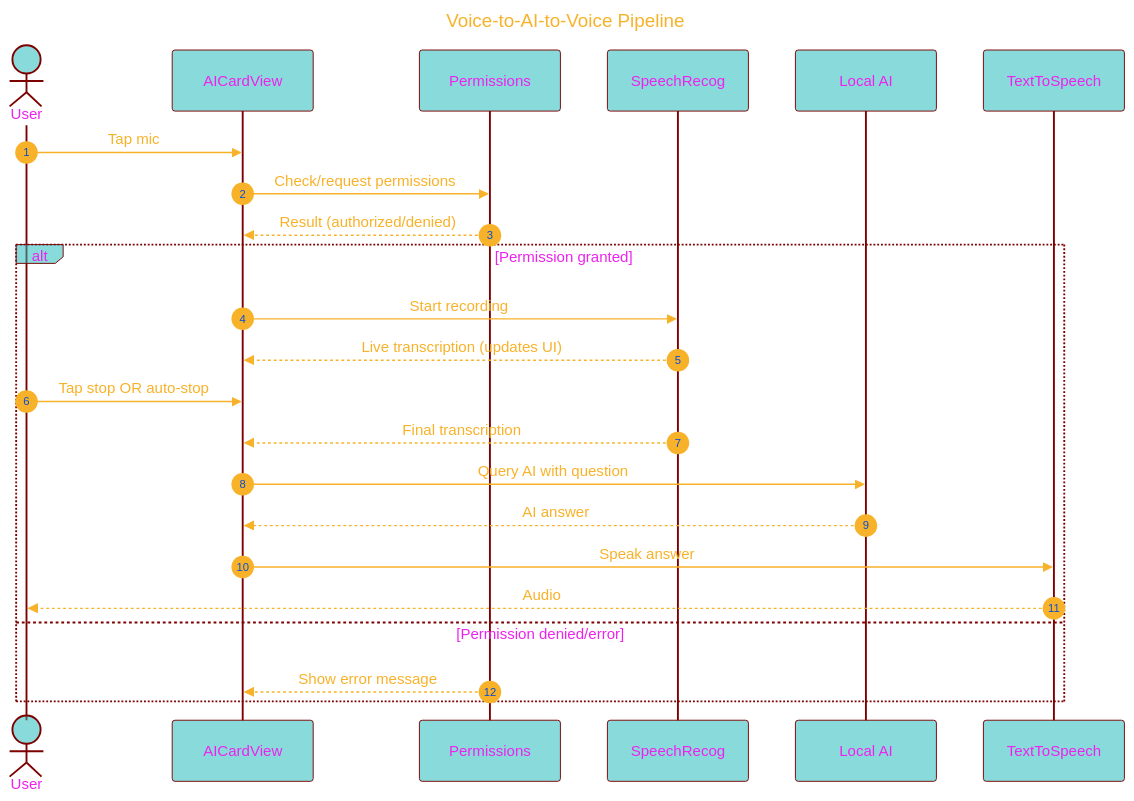
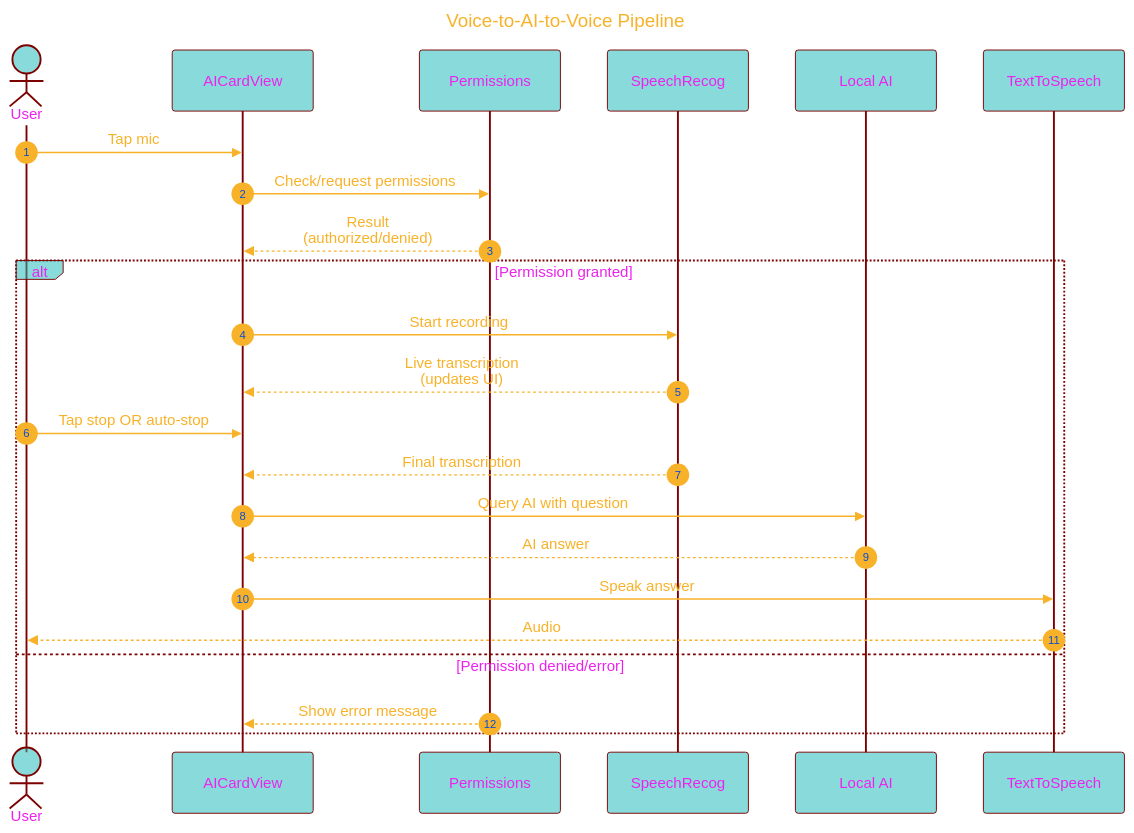
Before and after one commit to CongLeSolutionX/Ask-a-Le: the third of 12 diagrams in Ask a Le/ChatWithLocalBot_V5/DOCUMENTATION_Draft.md, drawn with Mermaid.

Commit message:
update notes

````diff
--- a/Ask a Le/ChatWithLocalBot_V5/DOCUMENTATION_Draft.md
+++ b/Ask a Le/ChatWithLocalBot_V5/DOCUMENTATION_Draft.md
@@ -176,55 +176,55 @@
 ```mermaid
 ---
 title: "Voice-to-AI-to-Voice Pipeline"
 author: "Cong Le"
 version: "0.1"
 license(s): "MIT, CC BY 4.0"
 copyright: "Copyright (c) 2025 Cong Le. All Rights Reserved."
 config:
   layout: elk
   theme: base
 ---
 %%%%%%%% Mermaid version v11.4.1-b.14
 %%{
   init: {
     'sequence': { 'mirrorActors': true, 'showSequenceNumbers': true, 'actorMargin': 50 },
     'fontFamily': 'Fantasy,Monaco',
     'themeVariables': {
       'primaryColor': '#2BB8',
       'primaryBorderColor': '#7C0000',
       'lineColor': '#F8B229',
       'secondaryColor': '#6122',
       'tertiaryColor': '#fff',
       'fontSize': '15px',
       'textColor': '#F8B229',
       'actorTextColor': '#E2E',
       'fontSize': '20px',
       'stroke':'#033',
       'stroke-width': '0.2px'
     }
   }
 }%%
 sequenceDiagram
     actor User
     participant UI as AICardView
     participant Perm as Permissions
     participant Rec as SpeechRecog
     participant LLM as Local AI
     participant TTS as TextToSpeech
 
     User->>UI: Tap mic
     UI->>Perm: Check/request permissions
-    Perm-->>UI: Result (authorized/denied)
+    Perm-->>UI: Result<br/>(authorized/denied)
     alt Permission granted
         UI->>Rec: Start recording
-        Rec-->>UI: Live transcription (updates UI)
+        Rec-->>UI: Live transcription<br/>(updates UI)
         User->>UI: Tap stop OR auto-stop
         Rec-->>UI: Final transcription
         UI->>LLM: Query AI with question
         LLM-->>UI: AI answer
         UI->>TTS: Speak answer
         TTS-->>User: Audio
     else Permission denied/error
         Perm-->>UI: Show error message
     end
 ```
````
